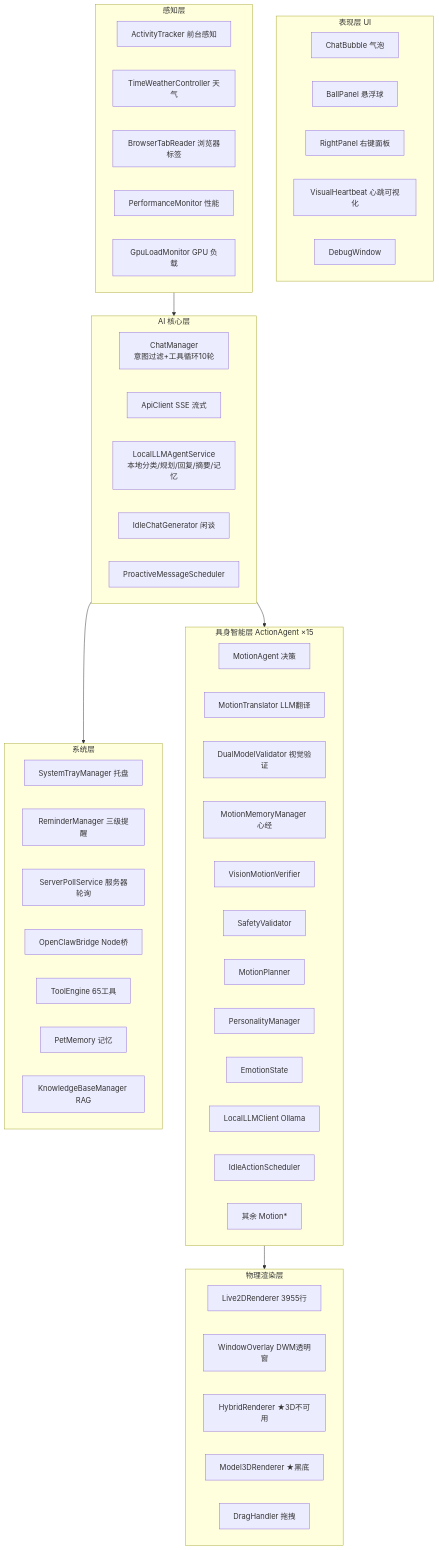
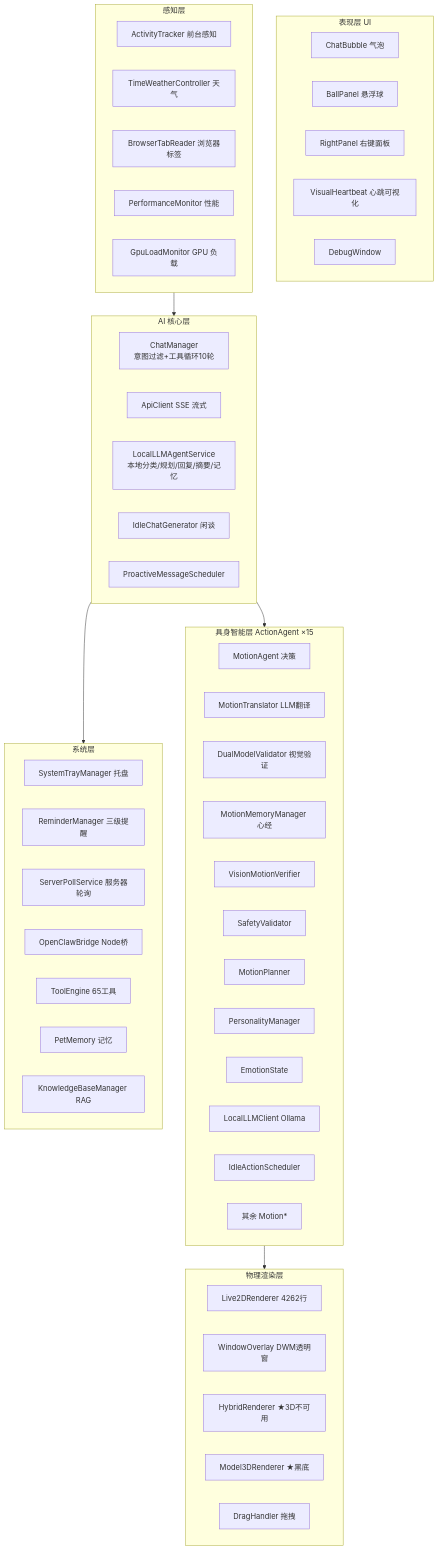
One commit to xuan-852/FuXuan_deskpet changed the diagram in docs/code-truth-architecture.md. Above: the diagram before and after it, drawn with Mermaid. The commit also changed other lines of this file and 5 other files, not shown here.

````diff
--- a/docs/code-truth-architecture.md
+++ b/docs/code-truth-architecture.md
@@ -61,64 +61,64 @@
 ```mermaid
 flowchart TB
     subgraph UI[表现层 UI]
         A1[ChatBubble 气泡]
         A2[BallPanel 悬浮球]
         A3[RightPanel 右键面板]
         A4[VisualHeartbeat 心跳可视化]
         A5[DebugWindow]
     end
 
     subgraph AI[AI 核心层]
         B1[ChatManager<br/>意图过滤+工具循环10轮]
         B2[ApiClient SSE 流式]
         B3[LocalLLMAgentService<br/>本地分类/规划/回复/摘要/记忆]
         B4[IdleChatGenerator 闲谈]
         B5[ProactiveMessageScheduler]
     end
 
     subgraph PER[感知层]
         C1[ActivityTracker 前台感知]
         C2[TimeWeatherController 天气]
         C3[BrowserTabReader 浏览器标签]
         C4[PerformanceMonitor 性能]
         C5[GpuLoadMonitor GPU 负载]
     end
 
     subgraph EMB[具身智能层 ActionAgent ×15]
         D1[MotionAgent 决策]
         D2[MotionTranslator LLM翻译]
         D3[DualModelValidator 视觉验证]
         D4[MotionMemoryManager 心经]
         D5[VisionMotionVerifier]
         D6[SafetyValidator]
         D7[MotionPlanner]
         D8[PersonalityManager]
         D9[EmotionState]
         D10[LocalLLMClient Ollama]
         D11[IdleActionScheduler]
         D12[其余 Motion*]
     end
 
     subgraph PHYS[物理渲染层]
-        E1[Live2DRenderer 3955行]
+        E1[Live2DRenderer 4262行]
         E2[WindowOverlay DWM透明窗]
         E3[HybridRenderer ★3D不可用]
         E4[Model3DRenderer ★黑底]
         E5[DragHandler 拖拽]
     end
 
     subgraph SYS[系统层]
         F1[SystemTrayManager 托盘]
         F2[ReminderManager 三级提醒]
         F3[ServerPollService 服务器轮询]
         F4[OpenClawBridge Node桥]
         F5[ToolEngine 65工具]
         F6[PetMemory 记忆]
         F7[KnowledgeBaseManager RAG]
     end
 
     AI --> EMB
     PER --> AI
     EMB --> PHYS
     AI --> SYS
 ```
````
